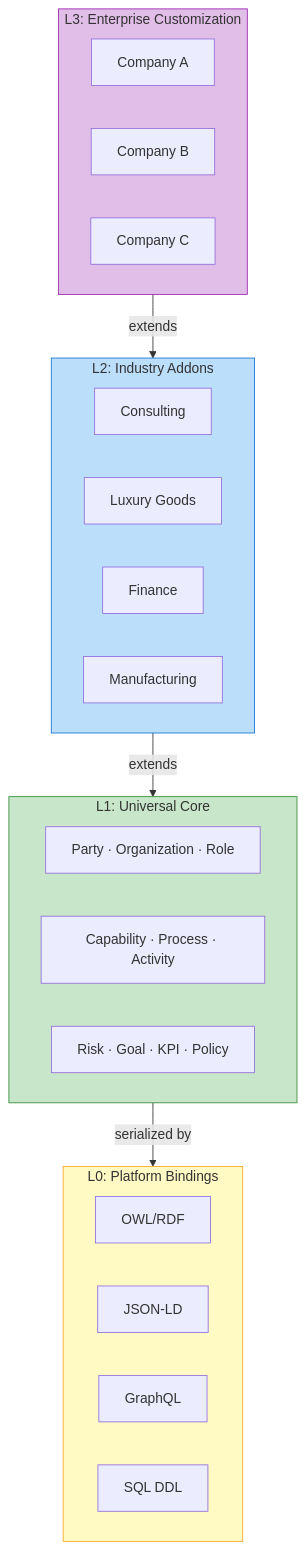
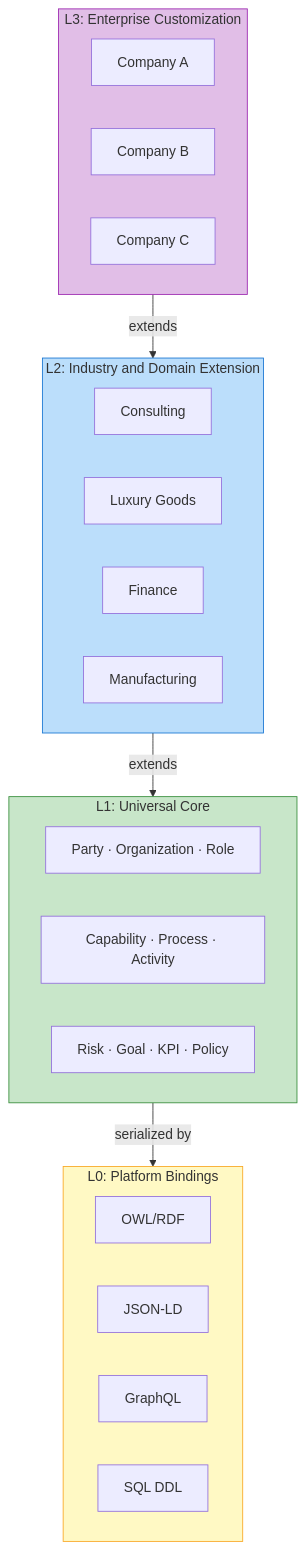
One commit to ramphias/universal-ontology-definition changed the diagram in docs-site/architecture/index.md. Above: the diagram before and after it, drawn with Mermaid. The commit also changed 57 other files, not shown here.

````diff
--- a/docs-site/architecture/index.md
+++ b/docs-site/architecture/index.md
@@ -5,37 +5,37 @@
 ```mermaid
 graph TB
     subgraph L3["L3: Enterprise Customization"]
         E1["Company A"] 
         E2["Company B"]
         E3["Company C"]
     end
     
-    subgraph L2["L2: Industry Addons"]
+    subgraph L2["L2: Industry and Domain Extension"]
         I1["Consulting"]
         I2["Luxury Goods"]
         I3["Finance"]
         I4["Manufacturing"]
     end
     
     subgraph L1["L1: Universal Core"]
         C1["Party · Organization · Role"]
         C2["Capability · Process · Activity"]
         C3["Risk · Goal · KPI · Policy"]
     end
     
     subgraph L0["L0: Platform Bindings"]
         P1["OWL/RDF"]
         P2["JSON-LD"]
         P3["GraphQL"]
         P4["SQL DDL"]
     end
     
     L3 -->|extends| L2
     L2 -->|extends| L1
     L1 -->|serialized by| L0
     
     style L3 fill:#e1bee7,stroke:#9c27b0
     style L2 fill:#bbdefb,stroke:#1976d2
     style L1 fill:#c8e6c9,stroke:#388e3c
     style L0 fill:#fff9c4,stroke:#f9a825
 ```
````
